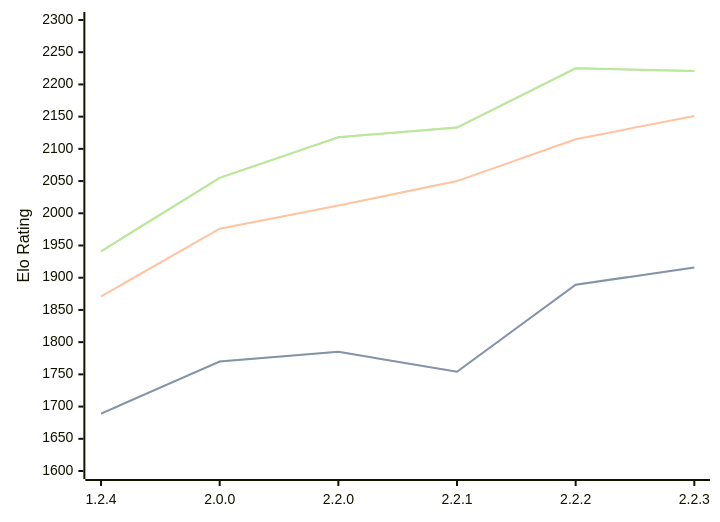
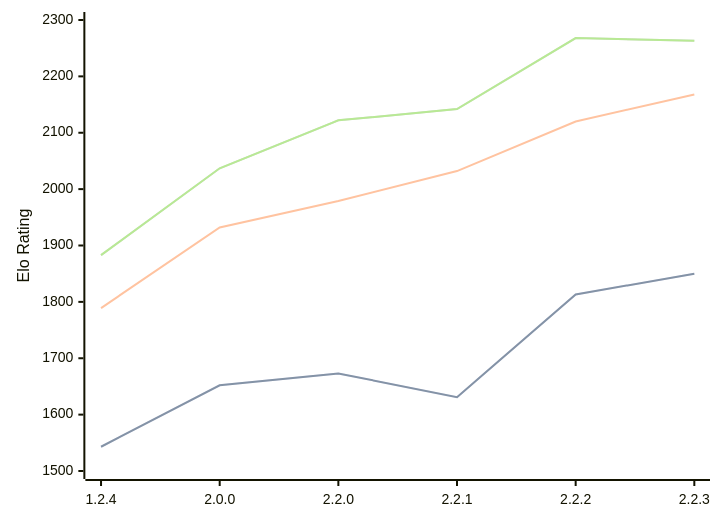
The diagram in engines/Kreveta.md (computer-chess-index/cci), drawn with Mermaid before and after one commit. The commit also changed other lines of this file, not shown here.

Commit message:
Update CCI Ratings (ELO VLTC) - 2026-02-24

````diff
--- a/engines/Kreveta.md
+++ b/engines/Kreveta.md
@@ -36,11 +37,11 @@
 ```mermaid
 %%{init: {"theme":"base","themeVariables":{"seriesColors:['#a3a3a3','#222221','#faa371']}}}%%
 xychart-beta
   x-axis ["1.2.4", "2.0.0", "2.2.0", "2.2.1", "2.2.2", "2.2.3"]
-  y-axis "Elo Rating" 1600 --> 2300
-  line "STC (8.0+0.08s)" [1689, 1770, 1785, 1754, 1889, 1916]
-  line "STC (8.0+0.08s)" [1689, 1770, 1785, 1754, 1889, 1916]
-  line "LTC (60.0+0.60s)" [1871, 1976, 2012, 2050, 2115, 2151]
-  line "VLTC (2m24s+1.12s)" [1941, 2055, 2118, 2133, 2225, 2221]
-  line "VLTC (2m24s+1.12s)" [1941, 2055, 2118, 2133, 2225, 2221]
+  y-axis "Elo Rating" 1500 --> 2300
+  line "STC (8.0+0.08s)" [1543, 1652, 1673, 1631, 1813, 1850]
+  line "STC (8.0+0.08s)" [1543, 1652, 1673, 1631, 1813, 1850]
+  line "LTC (60.0+0.60s)" [1789, 1932, 1979, 2032, 2120, 2168]
+  line "VLTC (2m24s+1.12s)" [1883, 2037, 2122, 2142, 2268, 2263]
+  line "VLTC (2m24s+1.12s)" [1883, 2037, 2122, 2142, 2268, 2263]
 ```
````
